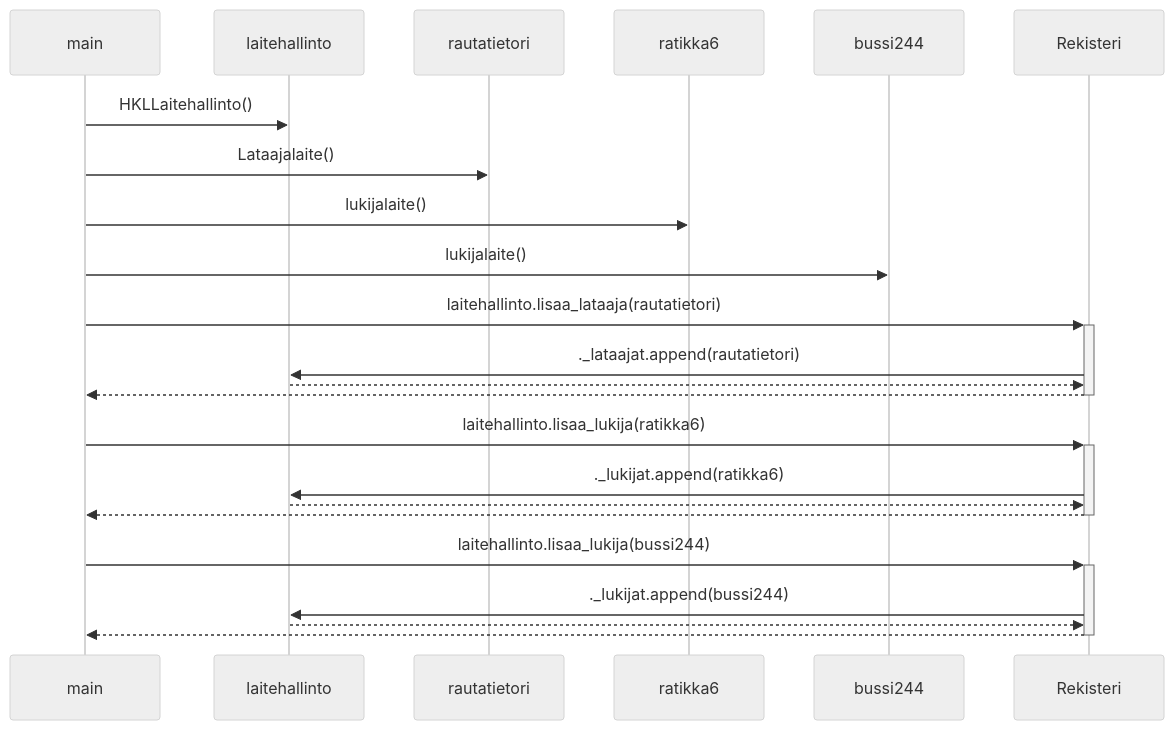
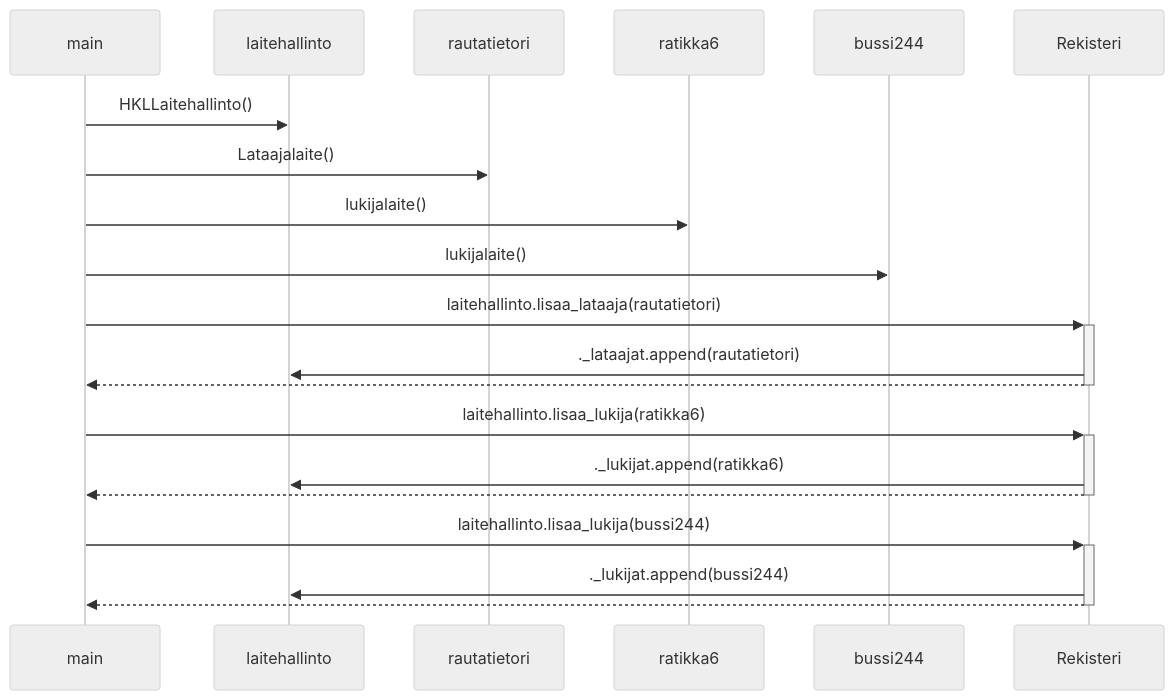
Before and after one commit to VehvilainenPooki/OTProjekti: the fourth of 4 diagrams in laskarit/viikko3/UML.md, drawn with Mermaid (neutral theme).

````diff
--- a/laskarit/viikko3/UML.md
+++ b/laskarit/viikko3/UML.md
@@ -108,19 +108,16 @@
 ```mermaid
  sequenceDiagram
       main->>laitehallinto: HKLLaitehallinto()
       main->>rautatietori: Lataajalaite()
       main->>ratikka6: lukijalaite()
       main->>bussi244: lukijalaite()
       main->>+Rekisteri: laitehallinto.lisaa_lataaja(rautatietori)
       Rekisteri->>laitehallinto: ._lataajat.append(rautatietori)
-      laitehallinto-->>Rekisteri:  
       Rekisteri-->>-main:  
       main->>+Rekisteri: laitehallinto.lisaa_lukija(ratikka6)
       Rekisteri->>laitehallinto: ._lukijat.append(ratikka6)
-      laitehallinto-->>Rekisteri:  
       Rekisteri-->>-main:  
       main->>+Rekisteri: laitehallinto.lisaa_lukija(bussi244)
       Rekisteri->>laitehallinto: ._lukijat.append(bussi244)
-      laitehallinto-->>Rekisteri:  
       Rekisteri-->>-main:  
 ```
````
